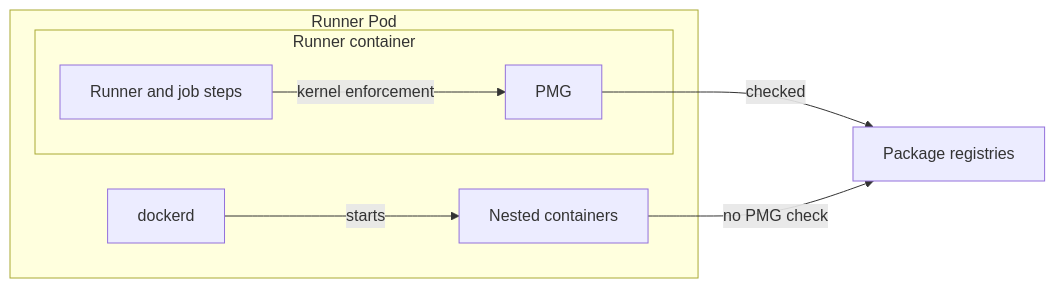
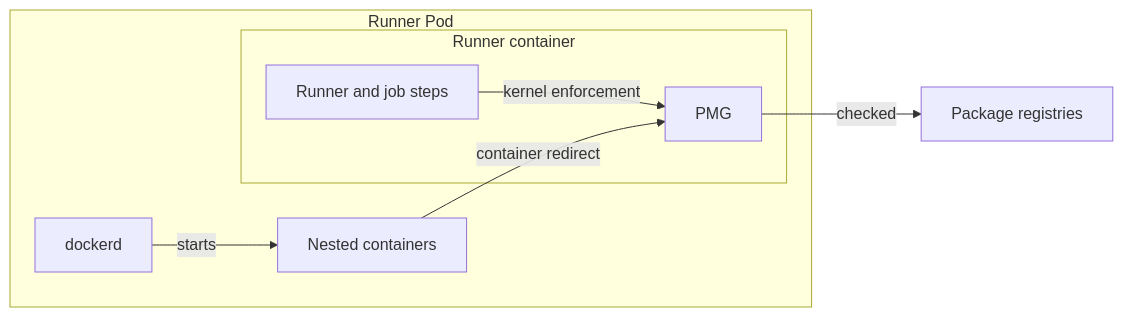
The diagram in package-security/pmg/kubernetes-ci-runners-how-it-works.mdx (safedep/docs), drawn with Mermaid before and after one commit. The commit also changed other lines of this file and 1 other file, not shown here.

Commit message:
Describe nested container checks as a feature and move the edge cases to Limits

````diff
--- a/package-security/pmg/kubernetes-ci-runners-how-it-works.mdx
+++ b/package-security/pmg/kubernetes-ci-runners-how-it-works.mdx
@@ -13,15 +13,15 @@
 ```mermaid
 graph LR
     subgraph POD[Runner Pod]
         subgraph RC[Runner container]
             STEPS[Runner and job steps]
             PMG[PMG]
         end
         DOCKERD[dockerd]
         NESTED[Nested containers]
     end
     STEPS -->|kernel enforcement| PMG
+    DOCKERD -->|starts| NESTED
+    NESTED -->|container redirect| PMG
     PMG -->|checked| REG[Package registries]
-    DOCKERD -->|starts| NESTED
-    NESTED -->|no PMG check| REG
 ```
````
